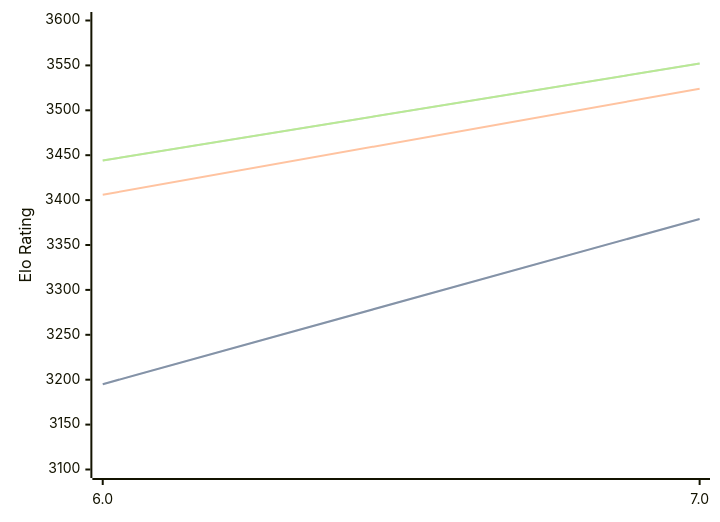
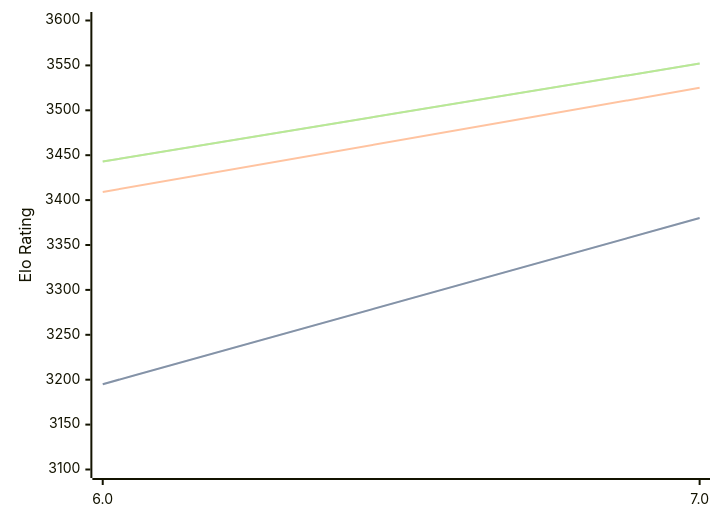
Before and after one commit to computer-chess-index/cci: the diagram in engines/Devre.md, drawn with Mermaid. The commit also changed other lines of this file, not shown here.

Commit message:
Update CCI Ratings (ELO VLTC) - 2026-09-14

````diff
--- a/engines/Devre.md
+++ b/engines/Devre.md
@@ -32,11 +32,11 @@
 ```mermaid
 %%{init: {"theme":"base","themeVariables":{"seriesColors:['#a3a3a3','#222221','#faa371']}}}%%
 xychart-beta
   x-axis ["6.0", "7.0"]
   y-axis "Elo Rating" 3100 --> 3600
-  line "" [3195, 3379]
-  line "STC (8.0+0.08s)" [3195, 3379]
-  line "LTC (60.0+0.60s)" [3406, 3524]
-  line "" [3444, 3552]
-  line "VLTC (2m24s+1.12s)" [3444, 3552]
+  line "" [3195, 3380]
+  line "STC (8.0+0.08s)" [3195, 3380]
+  line "LTC (60.0+0.60s)" [3409, 3525]
+  line "" [3443, 3552]
+  line "VLTC (2m24s+1.12s)" [3443, 3552]
 ```
````
